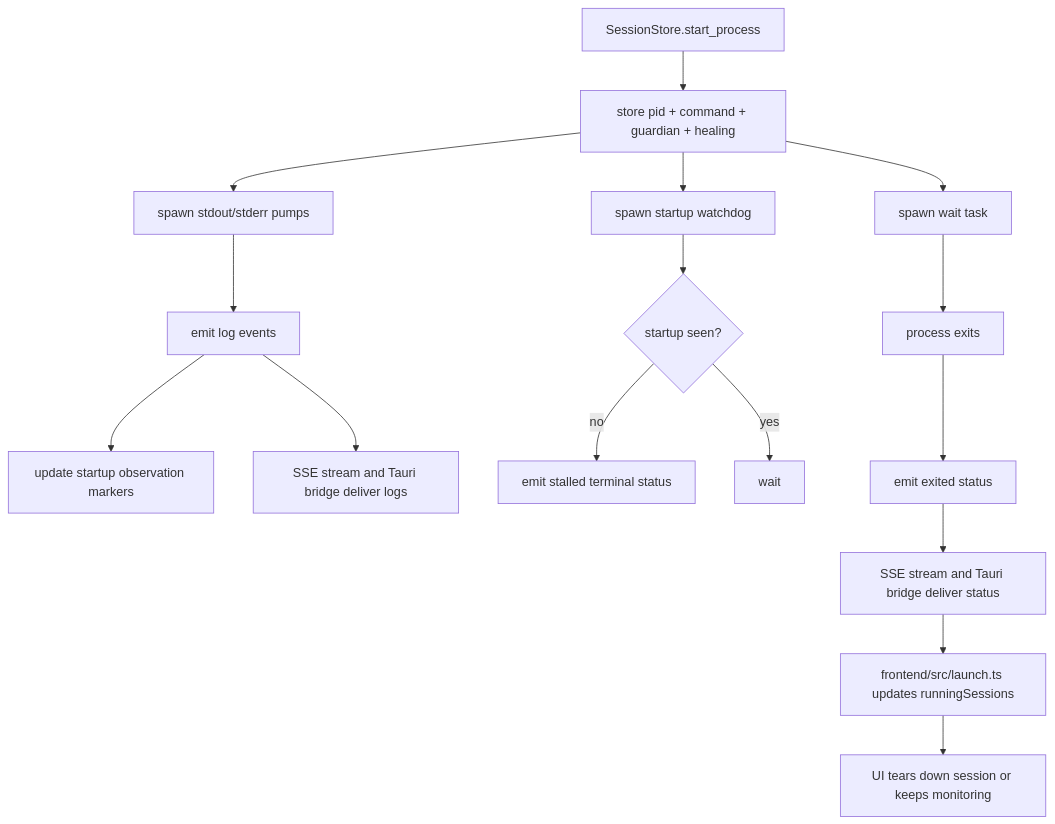
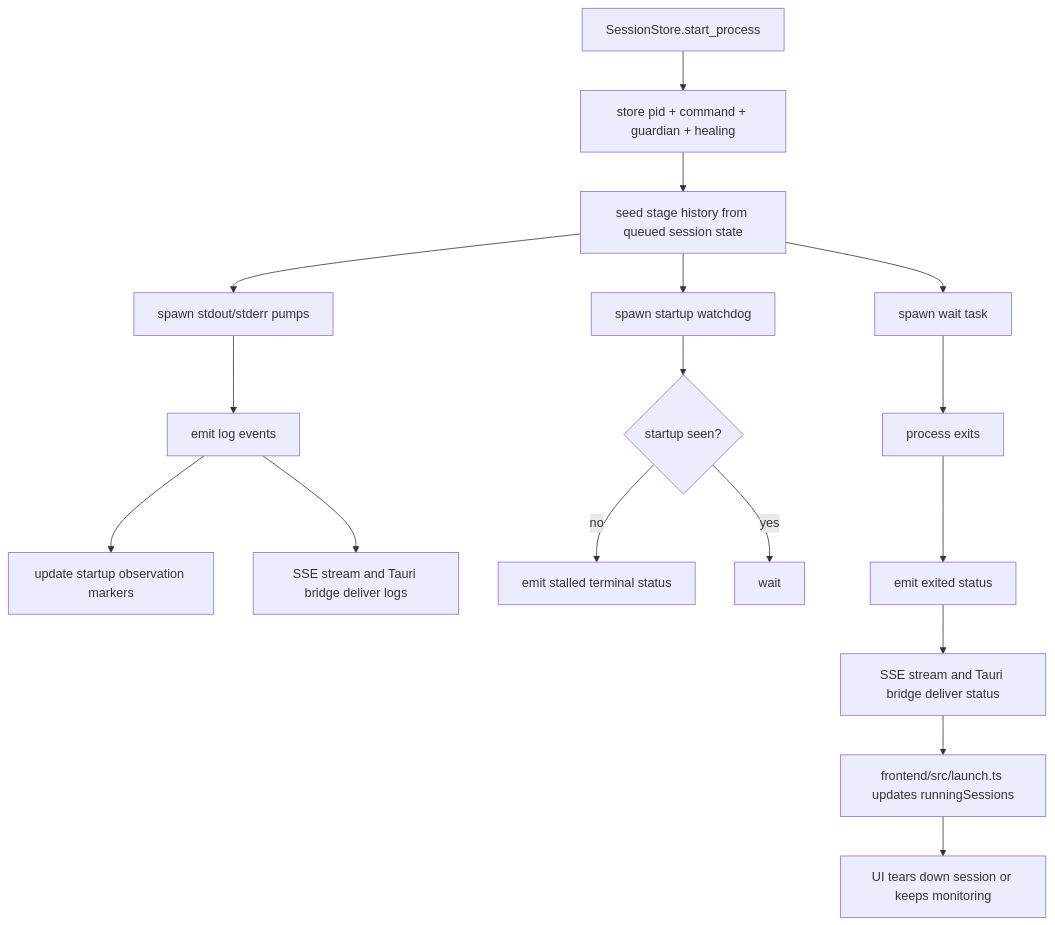
One commit to mateoltd/croopor changed the fourth of 9 diagrams in docs/ARCHITECTURE.md. Above: the diagram before and after it, drawn with Mermaid. The commit also changed other lines of this file and 1 other file, not shown here.

Commit message:
docs: record launcher architecture and product brief

````diff
--- a/docs/ARCHITECTURE.md
+++ b/docs/ARCHITECTURE.md
@@ -116,18 +118,19 @@
 ```mermaid
 flowchart TD
     A[SessionStore.start_process] --> B[store pid + command + guardian + healing]
-    B --> C[spawn stdout/stderr pumps]
-    B --> D[spawn startup watchdog]
-    B --> E[spawn wait task]
-    C --> F[emit log events]
-    F --> G[update startup observation markers]
-    D --> H{startup seen?}
-    H -->|no| I[emit stalled terminal status]
-    H -->|yes| J[wait]
-    E --> K[process exits]
-    K --> L[emit exited status]
-    F --> M[SSE stream and Tauri bridge deliver logs]
-    L --> N[SSE stream and Tauri bridge deliver status]
-    N --> O[frontend/src/launch.ts updates runningSessions]
-    O --> P[UI tears down session or keeps monitoring]
+    B --> C[seed stage history from queued session state]
+    C --> D[spawn stdout/stderr pumps]
+    C --> E[spawn startup watchdog]
+    C --> F[spawn wait task]
+    D --> G[emit log events]
+    G --> H[update startup observation markers]
+    E --> I{startup seen?}
+    I -->|no| J[emit stalled terminal status]
+    I -->|yes| K[wait]
+    F --> L[process exits]
+    L --> M[emit exited status]
+    G --> N[SSE stream and Tauri bridge deliver logs]
+    M --> O[SSE stream and Tauri bridge deliver status]
+    O --> P[frontend/src/launch.ts updates runningSessions]
+    P --> Q[UI tears down session or keeps monitoring]
 ```
````
